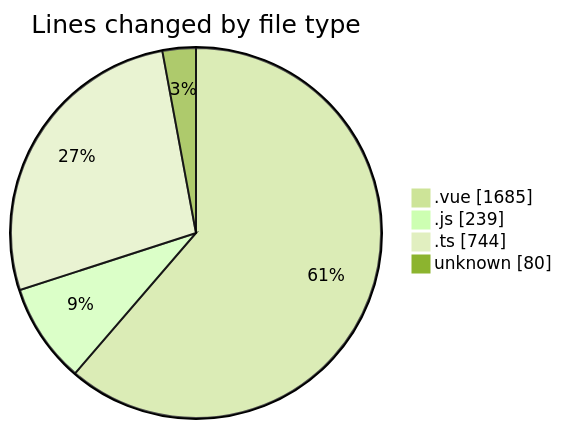
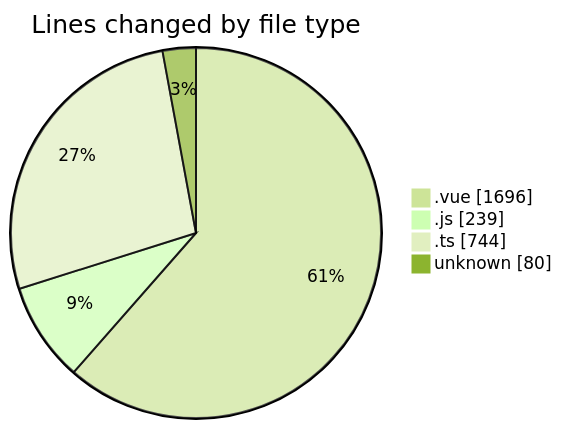
One commit to lephambinh05/code-tracking changed the first of 2 diagrams in 2025-08-11/rentotp/README.md. Above: the diagram before and after it, drawn with Mermaid (forest theme). The commit also changed other lines of this file and 1 other file, not shown here.

````diff
--- a/2025-08-11/rentotp/README.md
+++ b/2025-08-11/rentotp/README.md
@@ -35,8 +35,8 @@
 ```mermaid
 pie showData
 title Lines changed by file type
-".vue" : 1685
+".vue" : 1696
 ".js" : 239
 ".ts" : 744
 "unknown" : 80
 ```
````
